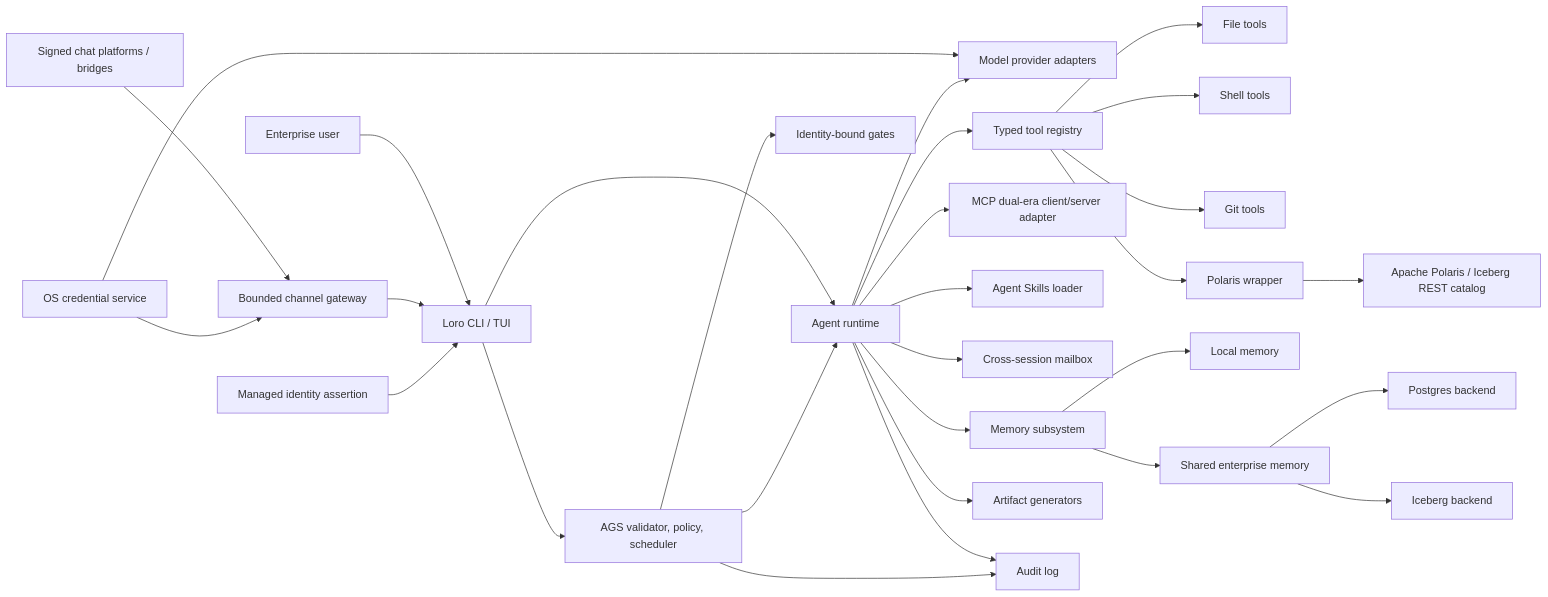
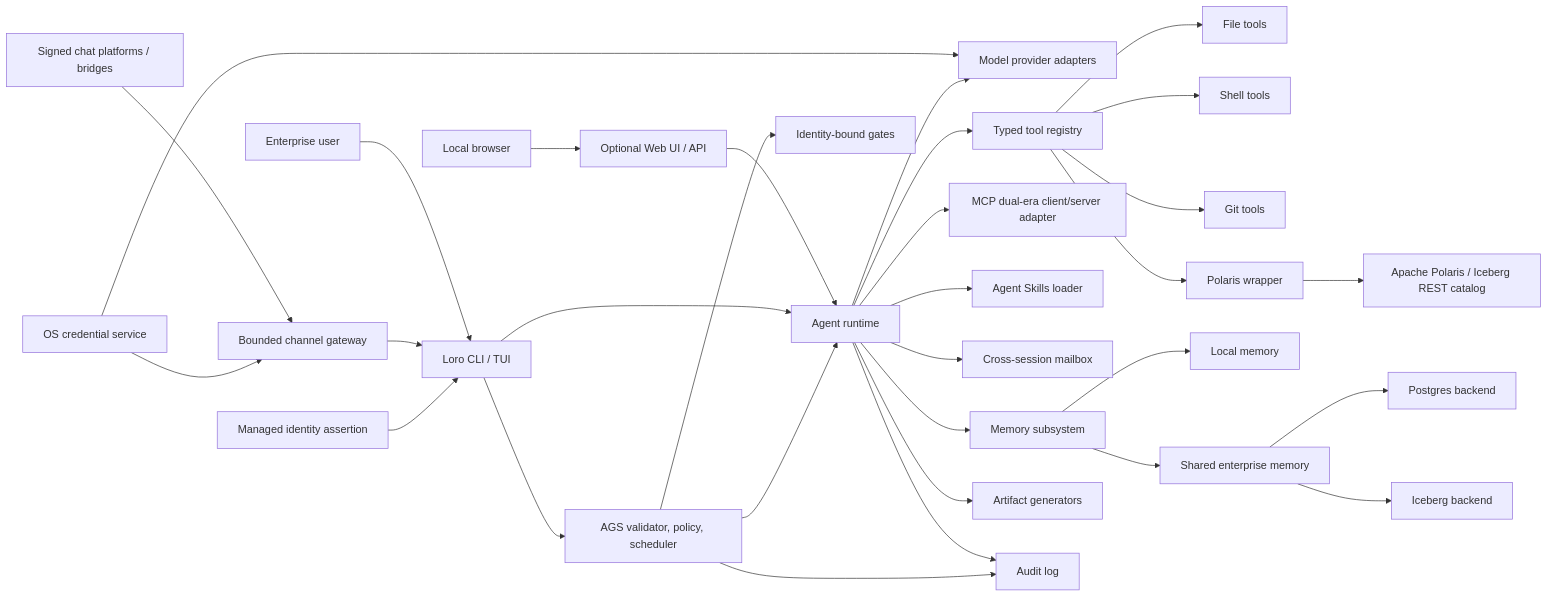
Before and after one commit to alexmerced-oss/loro: the diagram in ARCHITECTURE.md, drawn with Mermaid. The commit also changed other lines of this file and 53 other files, not shown here.

Commit message:
Release Loro 0.15.0 with local Web UI

````diff
--- a/ARCHITECTURE.md
+++ b/ARCHITECTURE.md
@@ -11,31 +11,33 @@
 ```mermaid
 flowchart LR
   User["Enterprise user"] --> CLI["Loro CLI / TUI"]
+  Browser["Local browser"] --> WebUI["Optional Web UI / API"]
+  WebUI --> Runtime
   Chat["Signed chat platforms / bridges"] --> Gateway["Bounded channel gateway"]
   Gateway --> CLI
   Vault["OS credential service"] --> Models
   Vault --> Gateway
   Identity["Managed identity assertion"] --> CLI
   CLI --> Runtime["Agent runtime"]
   Runtime --> Models["Model provider adapters"]
   Runtime --> Tools["Typed tool registry"]
   Runtime --> MCP["MCP dual-era client/server adapter"]
   Runtime --> Skills["Agent Skills loader"]
   Runtime --> Mailbox["Cross-session mailbox"]
   Runtime --> Memory["Memory subsystem"]
   Runtime --> Artifacts["Artifact generators"]
   Runtime --> Audit["Audit log"]
   CLI --> AGraph["AGS validator, policy, scheduler"]
   AGraph --> Runtime
   AGraph --> Approvals["Identity-bound gates"]
   AGraph --> Audit
   Tools --> Files["File tools"]
   Tools --> Shell["Shell tools"]
   Tools --> Git["Git tools"]
   Tools --> Polaris["Polaris wrapper"]
   Memory --> Local["Local memory"]
   Memory --> Shared["Shared enterprise memory"]
   Shared --> Postgres["Postgres backend"]
   Shared --> Iceberg["Iceberg backend"]
   Polaris --> Catalog["Apache Polaris / Iceberg REST catalog"]
 ```
````
